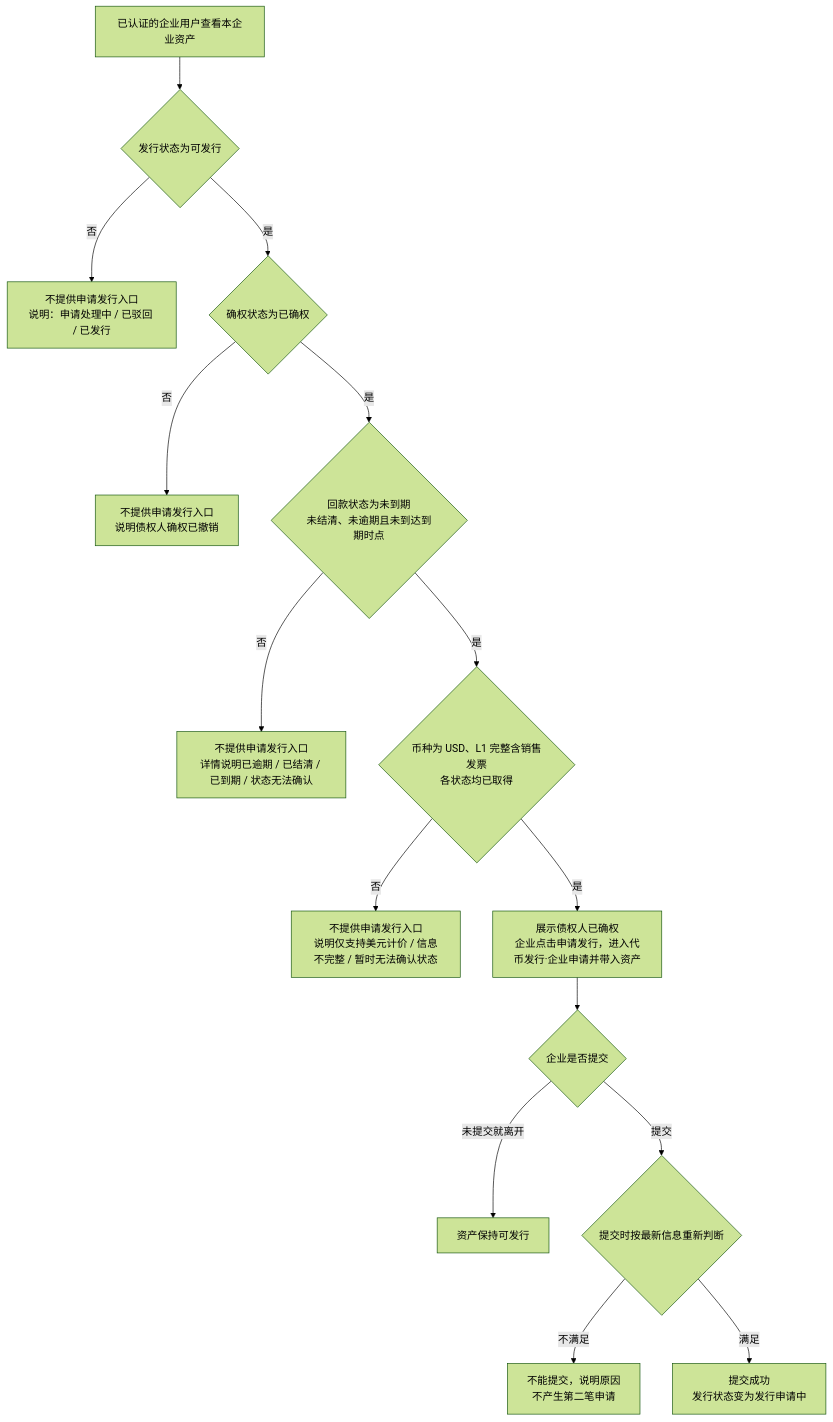
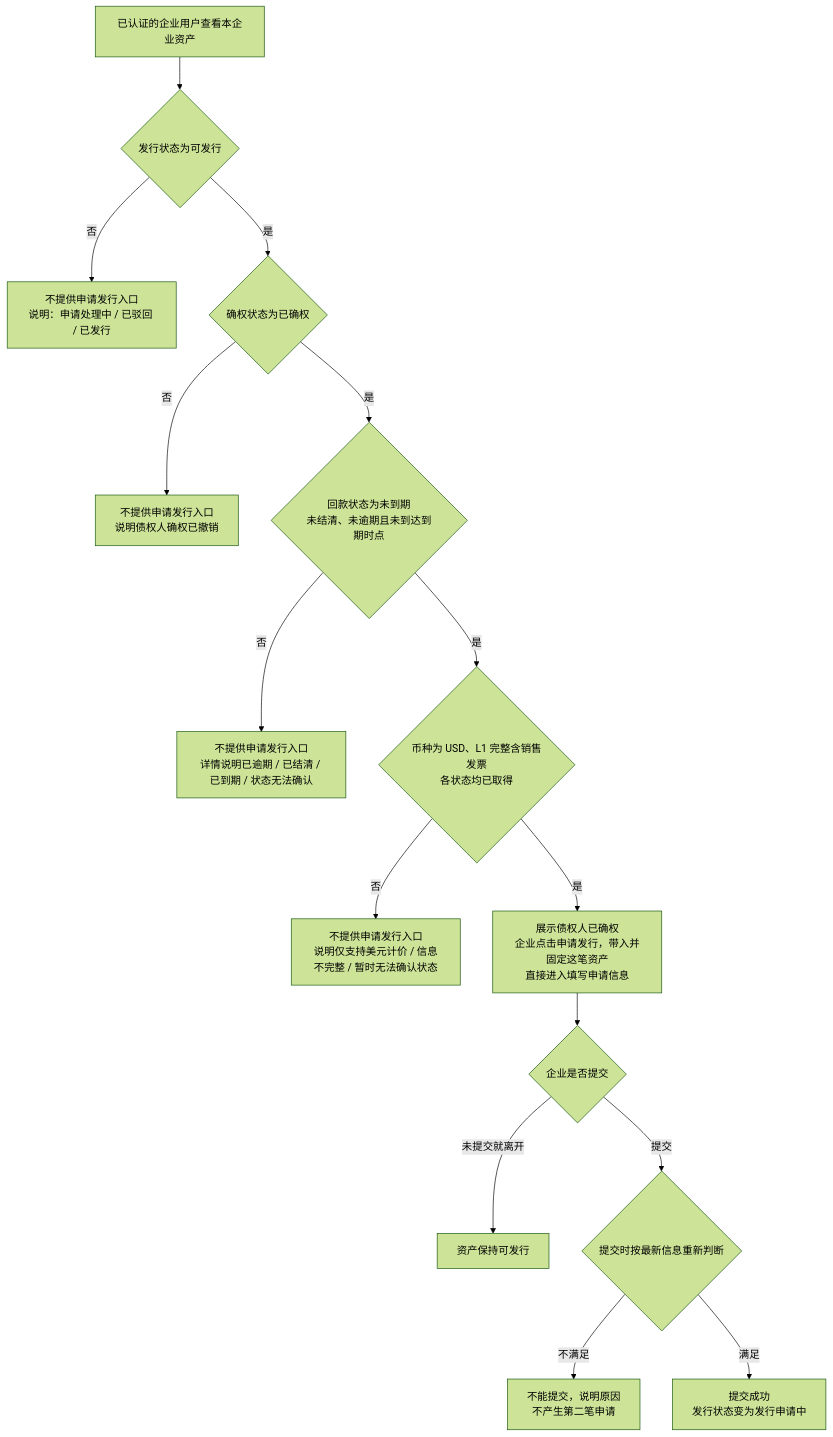
One commit to wxblockchain/Chain-Financing changed the fifth of 6 diagrams in token-issuance-platform/PRD/两端共用/M2-可信资产/02-可信资产-流程图与状态机.md. Above: the diagram before and after it, drawn with Mermaid (forest theme). The commit also changed 8 other files, not shown here.

````diff
--- a/token-issuance-platform/PRD/两端共用/M2-可信资产/02-可信资产-流程图与状态机.md
+++ b/token-issuance-platform/PRD/两端共用/M2-可信资产/02-可信资产-流程图与状态机.md
@@ -91,17 +91,17 @@
 ```mermaid
 flowchart TD
     A[已认证的企业用户查看本企业资产] --> B{发行状态为可发行}
     B -->|否| X[不提供申请发行入口<br/>说明：申请处理中 / 已驳回 / 已发行]
     B -->|是| C{确权状态为已确权}
     C -->|否| Y[不提供申请发行入口<br/>说明债权人确权已撤销]
     C -->|是| D{回款状态为未到期<br/>未结清、未逾期且未到达到期时点}
     D -->|否| Z[不提供申请发行入口<br/>详情说明已逾期 / 已结清 / 已到期 / 状态无法确认]
     D -->|是| E{币种为 USD、L1 完整含销售发票<br/>各状态均已取得}
     E -->|否| W[不提供申请发行入口<br/>说明仅支持美元计价 / 信息不完整 / 暂时无法确认状态]
-    E -->|是| F[展示债权人已确权<br/>企业点击申请发行，进入代币发行·企业申请并带入资产]
+    E -->|是| F[展示债权人已确权<br/>企业点击申请发行，带入并固定这笔资产<br/>直接进入填写申请信息]
     F --> G{企业是否提交}
     G -->|未提交就离开| H[资产保持可发行]
     G -->|提交| I{提交时按最新信息重新判断}
     I -->|不满足| J[不能提交，说明原因<br/>不产生第二笔申请]
     I -->|满足| K[提交成功<br/>发行状态变为发行申请中]
 ```
````
